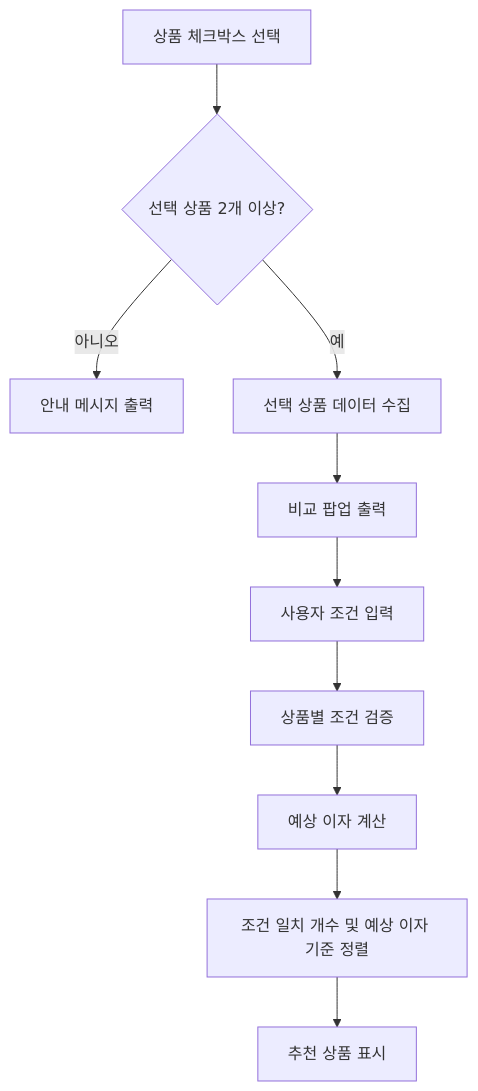
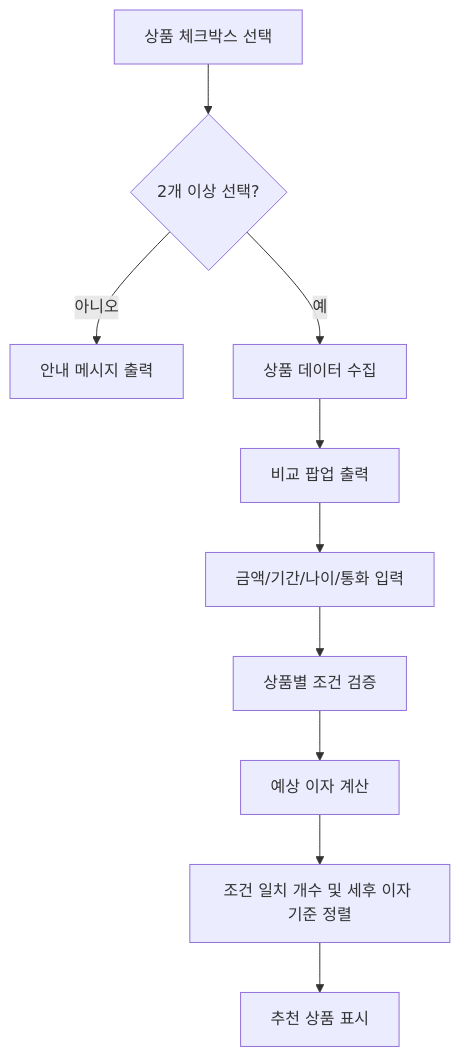
Before and after one commit to boppq1/bnk_1st_prj: the third of 6 diagrams in README.md, drawn with Mermaid. The commit also changed other lines of this file, not shown here.

````diff
--- a/README.md
+++ b/README.md
@@ -144,12 +192,12 @@
 ```mermaid
 flowchart TD
-    A[상품 체크박스 선택] --> B{선택 상품 2개 이상?}
+    A[상품 체크박스 선택] --> B{2개 이상 선택?}
     B -- 아니오 --> C[안내 메시지 출력]
-    B -- 예 --> D[선택 상품 데이터 수집]
+    B -- 예 --> D[상품 데이터 수집]
     D --> E[비교 팝업 출력]
-    E --> F[사용자 조건 입력]
+    E --> F[금액/기간/나이/통화 입력]
     F --> G[상품별 조건 검증]
     G --> H[예상 이자 계산]
-    H --> I[조건 일치 개수 및 예상 이자 기준 정렬]
+    H --> I[조건 일치 개수 및 세후 이자 기준 정렬]
     I --> J[추천 상품 표시]
 ```
````
